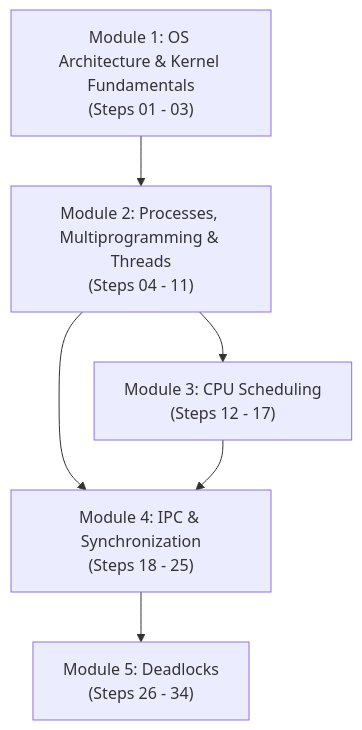
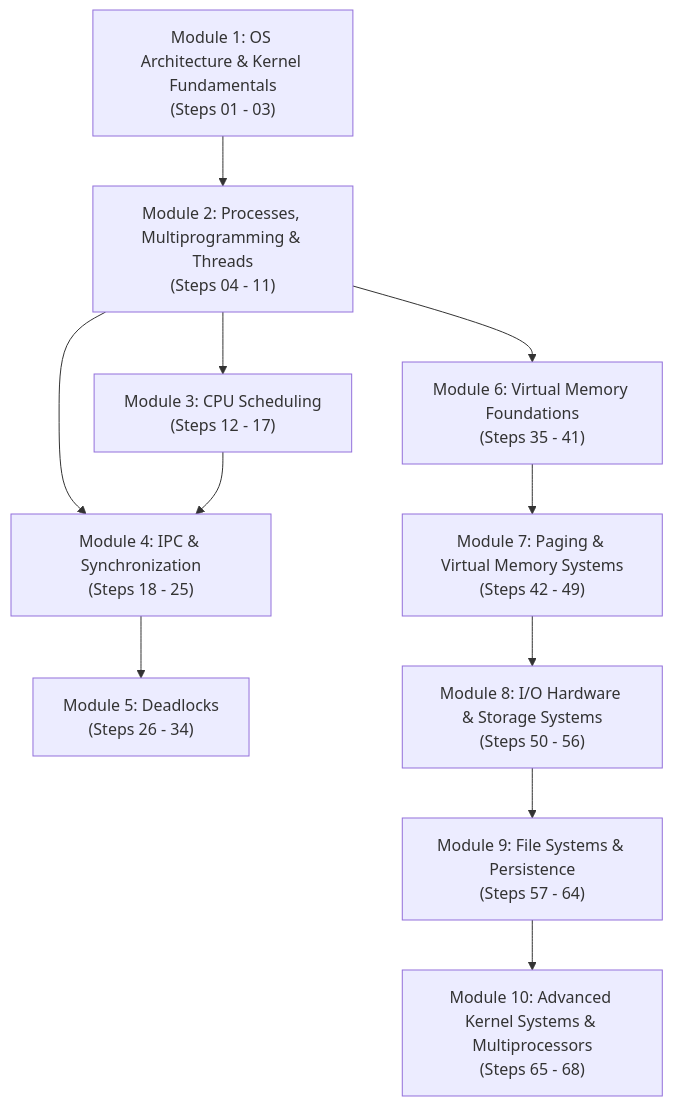
The first of 2 diagrams in cse313/03 - Maps/Dependency Map.md (crispychip146/Obsidian-Study-Vault), drawn with Mermaid before and after one commit. The commit also changed other lines of this file and 241 other files, not shown here.

First line of the commit message:
feat(cse313): expand learning system to 68 steps with virtual memory, storage, filesystems, and multiprocessors

````diff
--- a/cse313/03 - Maps/Dependency Map.md
+++ b/cse313/03 - Maps/Dependency Map.md
@@ -9,14 +9,24 @@
 ```mermaid
 flowchart TD
     M1["Module 1: OS Architecture & Kernel Fundamentals<br/>(Steps 01 - 03)"]
     M2["Module 2: Processes, Multiprogramming & Threads<br/>(Steps 04 - 11)"]
     M3["Module 3: CPU Scheduling<br/>(Steps 12 - 17)"]
     M4["Module 4: IPC & Synchronization<br/>(Steps 18 - 25)"]
     M5["Module 5: Deadlocks<br/>(Steps 26 - 34)"]
+    M6["Module 6: Virtual Memory Foundations<br/>(Steps 35 - 41)"]
+    M7["Module 7: Paging & Virtual Memory Systems<br/>(Steps 42 - 49)"]
+    M8["Module 8: I/O Hardware & Storage Systems<br/>(Steps 50 - 56)"]
+    M9["Module 9: File Systems & Persistence<br/>(Steps 57 - 64)"]
+    M10["Module 10: Advanced Kernel Systems & Multiprocessors<br/>(Steps 65 - 68)"]
 
     M1 --> M2
     M2 --> M3
     M2 --> M4
     M3 --> M4
     M4 --> M5
+    M2 --> M6
+    M6 --> M7
+    M7 --> M8
+    M8 --> M9
+    M9 --> M10
 ```
````
